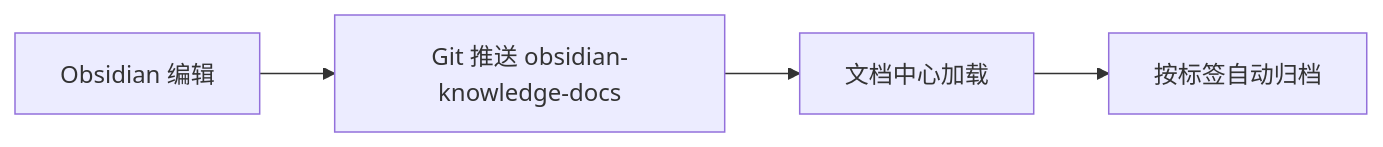
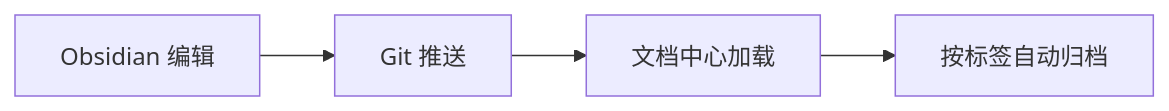
The diagram in docs/_templates/document.md (stan-fuls/stan-fuls.github.io), drawn with Mermaid before and after one commit. The commit also changed other lines of this file and 2 other files, not shown here.

````diff
--- a/docs/_templates/document.md
+++ b/docs/_templates/document.md
@@ -82,6 +129,6 @@
 ```mermaid
 flowchart LR
-    A[Obsidian 编辑] --> B[Git 推送 obsidian-knowledge-docs]
+    A[Obsidian 编辑] --> B[Git 推送]
     B --> C[文档中心加载]
     C --> D[按标签自动归档]
 ```
````
